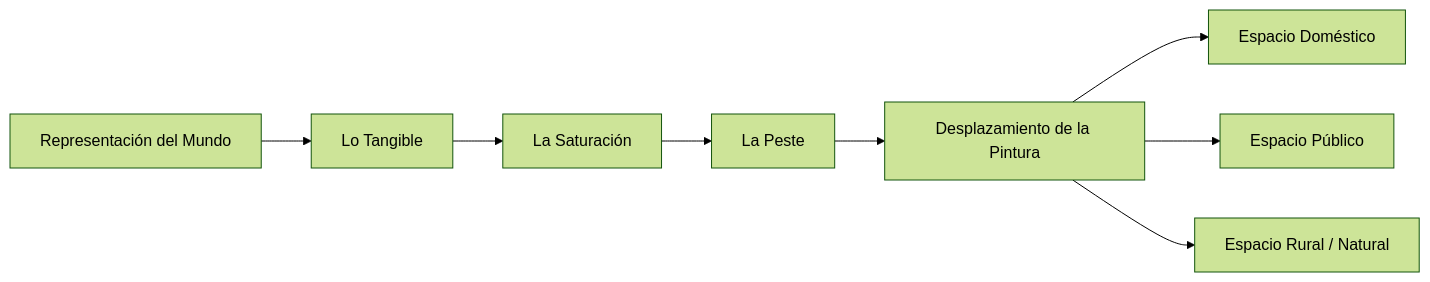
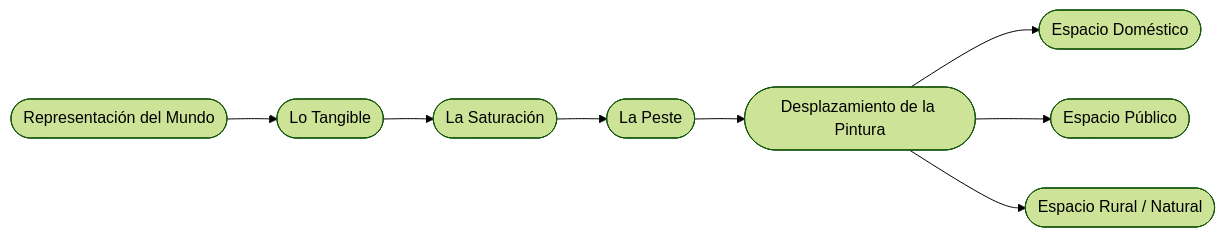
One commit to EGGS-Artesvisuales/EGGS-Artesvisuales.github.io changed the diagram in ES/desplazamiento-pintura.md. Above: the diagram before and after it, drawn with Mermaid (forest theme).

```diff
--- a/ES/desplazamiento-pintura.md
+++ b/ES/desplazamiento-pintura.md
@@ -29,28 +29,32 @@
 <div class="mermaid">
-flowchart LR
-  Z["Representación del Mundo"]
-  Y["Lo Tangible"]
-  A["La Saturación"]
-  B["La Peste"]
-  F["Desplazamiento de la Pintura"]
-  F1["Espacio Doméstico"]
-  F2["Espacio Público"]
-  F3["Espacio Rural / Natural"]
+graph LR
+  Z([Representación del Mundo])
+  Y([Lo Tangible])
+  A([La Saturación])
+  B([La Peste])
+  F([Desplazamiento de la Pintura])
+
+  F1([Espacio Doméstico])
+  F2([Espacio Público])
+  F3([Espacio Rural / Natural])
 
   Z --> Y
   Y --> A
   A --> B
   B --> F
+
   F --> F1
   F --> F2
   F --> F3
 
+  %% Enlaces (existentes)
   click Z "/es/mundo-exterior.html" "Ver Representación del Mundo"
   click Y "/es/tangible.html" "Ver Lo Tangible"
   click A "/es/saturacion.html" "Ver La Saturación"
   click B "/es/la-peste.html" "Ver La Peste"
   click F "/es/desplazamiento-pintura.html" "Ir a Desplazamiento de la Pintura"
   click F1 "/ES/espacio-domestico.html" "Ir a Espacio Doméstico"
   click F2 "/ES/espacio-publico.html" "Ir a Espacio Público"
   click F3 "/ES/espacio-rural.html" "Ir a Espacio Rural / Natural"
+
 </div>
```
